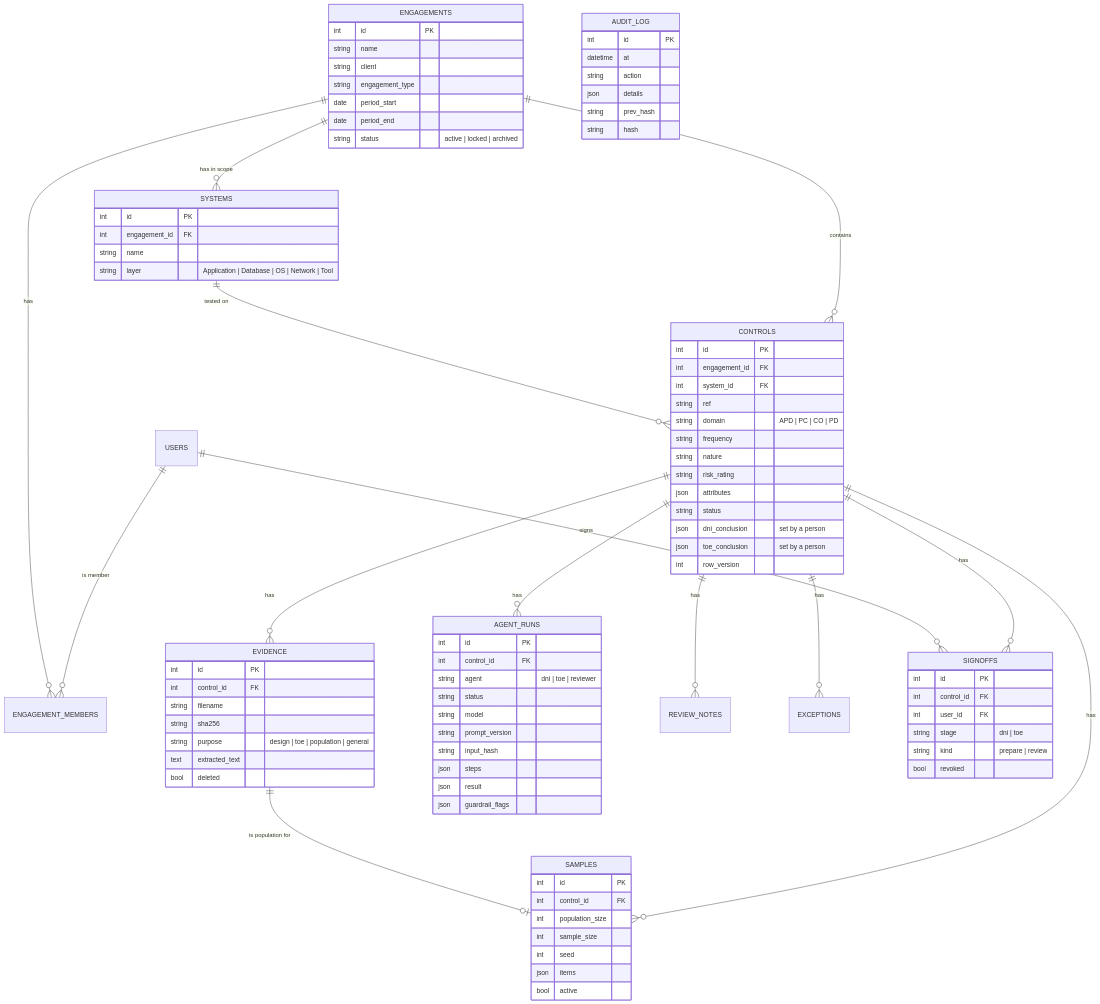
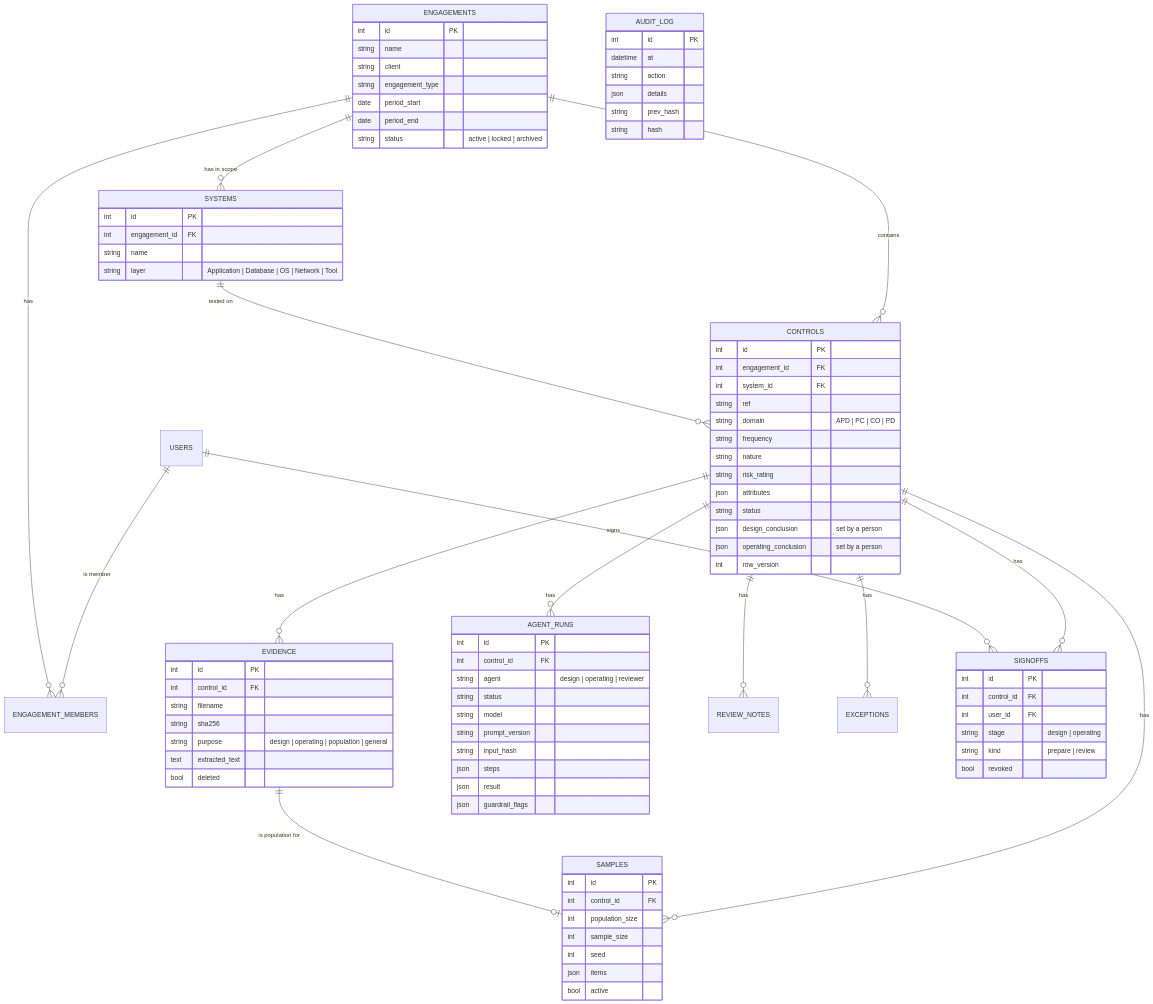
One commit to Shiripatel/controllens changed the diagram in docs/DATA-MODEL.md. Above: the diagram before and after it, drawn with Mermaid. The commit also changed other lines of this file and 29 other files, not shown here.

First line of the commit message:
Rename D&I/TOE to standard Design Effectiveness (DE) and Operating Effectiveness (OE)

```diff
--- a/docs/DATA-MODEL.md
+++ b/docs/DATA-MODEL.md
@@ -46,8 +46,8 @@
         string risk_rating
         json attributes
         string status
-        json dni_conclusion "set by a person"
-        json toe_conclusion "set by a person"
+        json design_conclusion "set by a person"
+        json operating_conclusion "set by a person"
         int row_version
     }
     EVIDENCE {
@@ -55,7 +55,7 @@
         int control_id FK
         string filename
         string sha256
-        string purpose "design | toe | population | general"
+        string purpose "design | operating | population | general"
         text extracted_text
         bool deleted
     }
@@ -71,7 +71,7 @@
     AGENT_RUNS {
         int id PK
         int control_id FK
-        string agent "dni | toe | reviewer"
+        string agent "design | operating | reviewer"
         string status
         string model
         string prompt_version
@@ -84,7 +84,7 @@
         int id PK
         int control_id FK
         int user_id FK
-        string stage "dni | toe"
+        string stage "design | operating"
         string kind "prepare | review"
         bool revoked
     }
```
